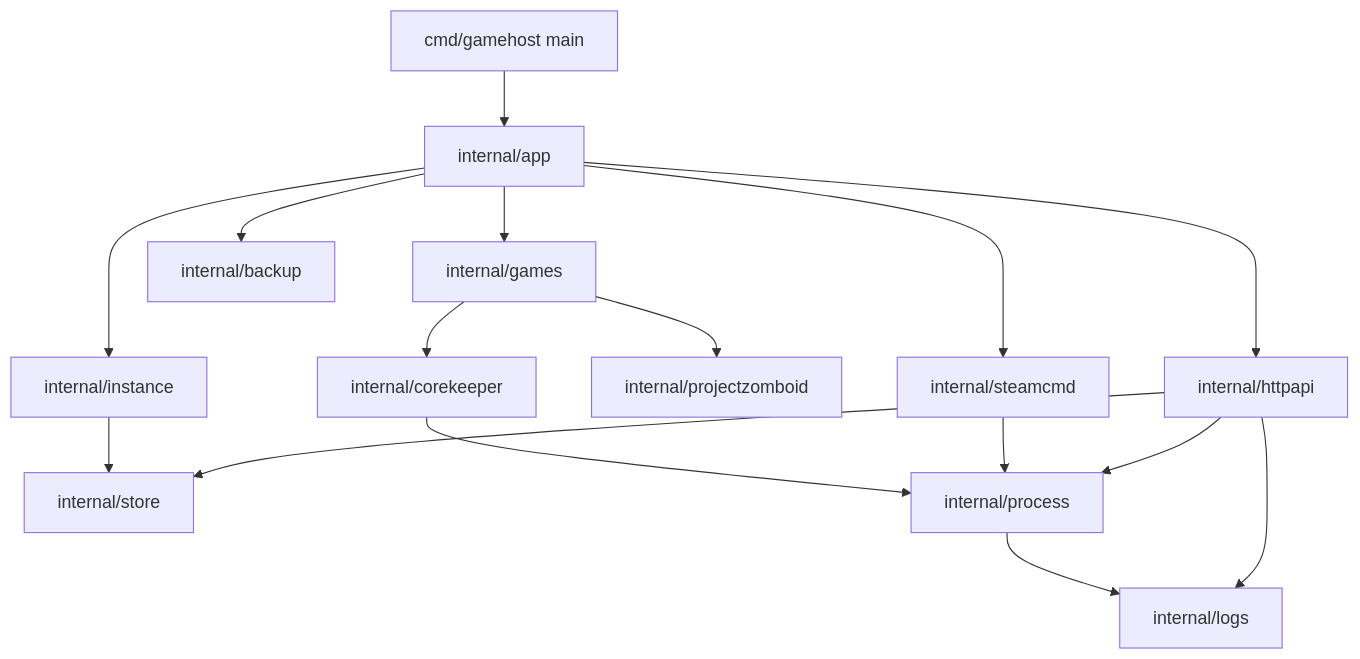
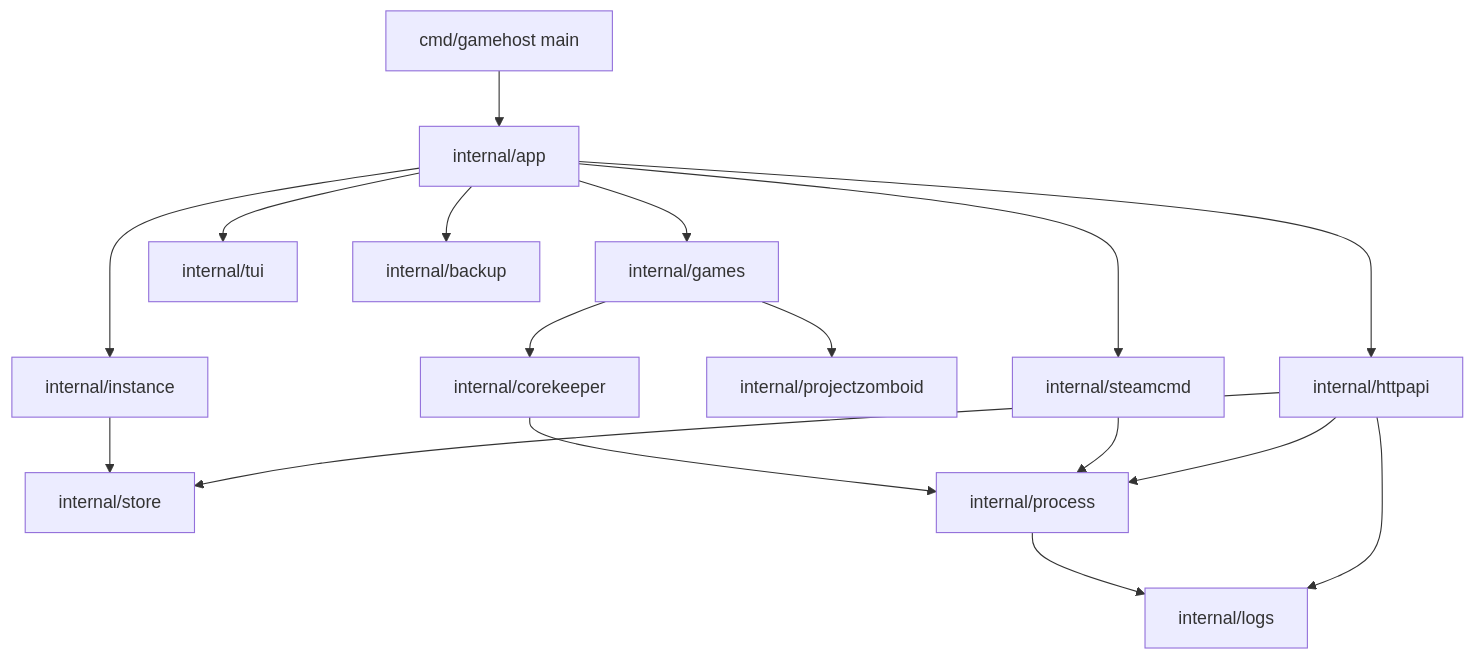
The first of 2 diagrams in docs/design.md (SyberFoxx/gamehost), drawn with Mermaid before and after one commit. The commit also changed other lines of this file and 3 other files, not shown here.

````diff
--- a/docs/design.md
+++ b/docs/design.md
@@ -113,18 +116,19 @@
 ```mermaid
 graph TD
     A["cmd/gamehost main"] --> B["internal/app"]
     B --> C["internal/instance"]
     B --> K["internal/games"]
+    B --> M["internal/tui"]
     K --> D["internal/corekeeper"]
     K --> L["internal/projectzomboid"]
     B --> E["internal/steamcmd"]
     B --> F["internal/backup"]
     B --> G["internal/httpapi"]
     C --> H["internal/store"]
     D --> I["internal/process"]
     E --> I
     I --> J["internal/logs"]
     G --> H
     G --> I
     G --> J
 ```
````
